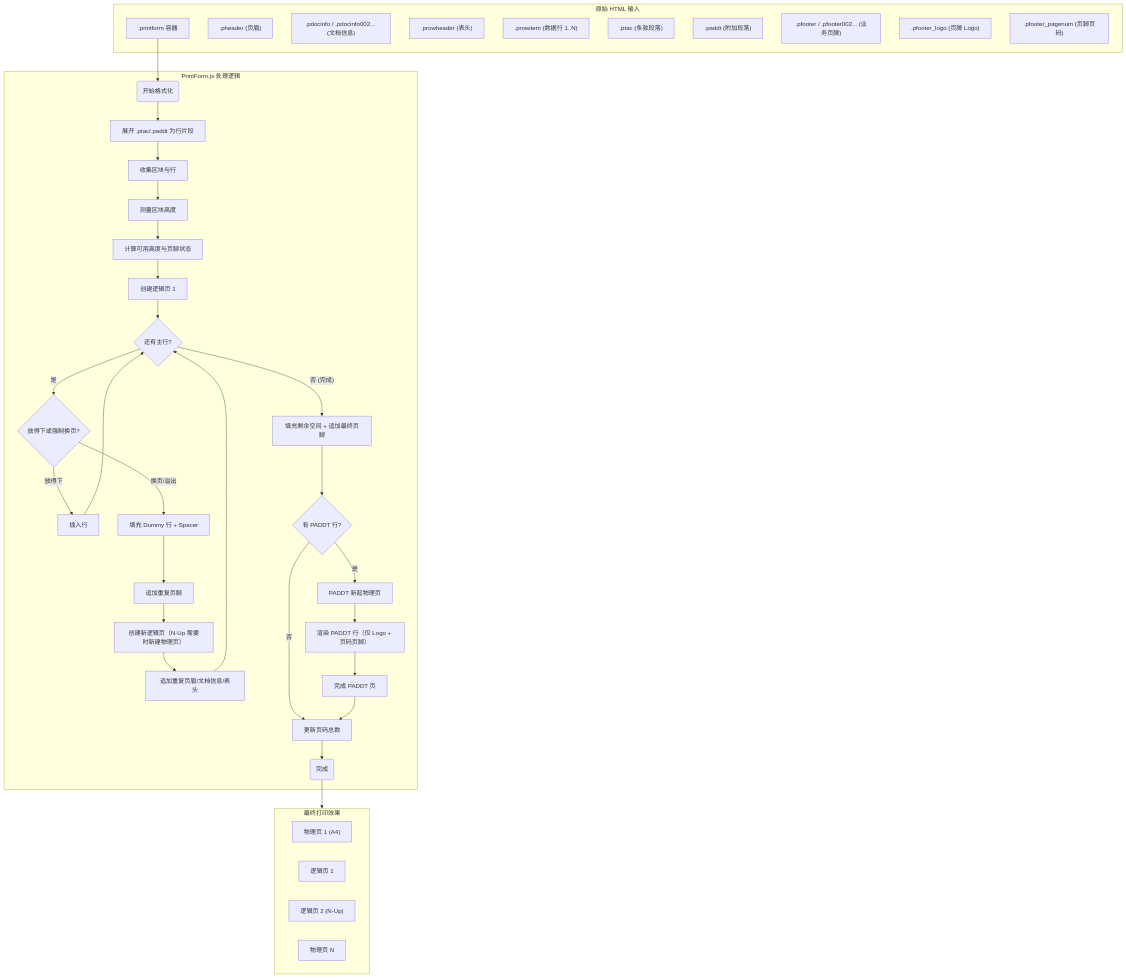
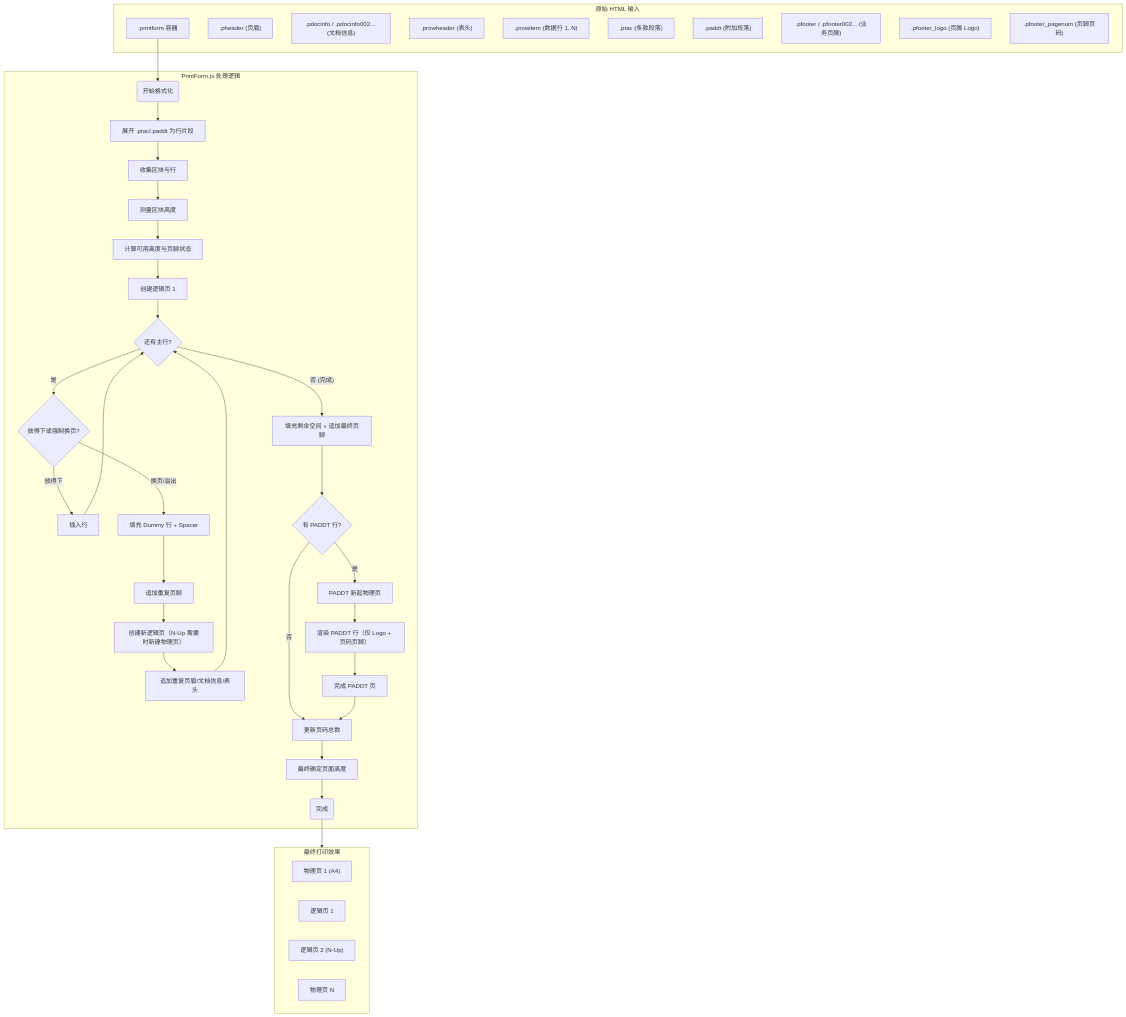
Before and after one commit to yapweijun1996/printform-js: the diagram in 0_development/printform-js/README.zh-CN.md, drawn with Mermaid. The commit also changed 26 other files, not shown here.

````diff
--- a/0_development/printform-js/README.zh-CN.md
+++ b/0_development/printform-js/README.zh-CN.md
@@ -13,53 +13,54 @@
 ```mermaid
 flowchart TD
     subgraph Raw_Input [原始 HTML 输入]
         RawContainer[".printform 容器"]
         Header[".pheader (页眉)"]
         DocInfo[".pdocinfo / .pdocinfo002... (文档信息)"]
         RowHeader[".prowheader (表头)"]
         RowItems[".prowitem (数据行 1..N)"]
         Ptac[".ptac (条款段落)"]
         Paddt[".paddt (附加段落)"]
         Footer[".pfooter / .pfooter002... (业务页脚)"]
         FooterLogo[".pfooter_logo (页脚 Logo)"]
         FooterPagenum[".pfooter_pagenum (页脚页码)"]
     end
 
     subgraph Processing [PrintForm.js 处理逻辑]
         Start(开始格式化) --> ExpandSeg[展开 .ptac/.paddt 为行片段]
         ExpandSeg --> Collect[收集区块与行]
         Collect --> Measure[测量区块高度]
         Measure --> ComputeLayout[计算可用高度与页脚状态]
         ComputeLayout --> InitPage[创建逻辑页 1]
         InitPage --> LoopRows{还有主行?}
 
         LoopRows -- 是 --> CheckSpace{放得下或强制换页?}
         CheckSpace -- 放得下 --> AppendRow[插入行]
         AppendRow --> LoopRows
 
         CheckSpace -- 换页/溢出 --> FillRemainder[填充 Dummy 行 + Spacer]
         FillRemainder --> AddRepeatFooter[追加重复页脚]
         AddRepeatFooter --> NewPage["创建新逻辑页（N-Up 需要时新建物理页）"]
         NewPage --> AddRepeatHeader[追加重复页眉/文档信息/表头]
         AddRepeatHeader --> LoopRows
 
         LoopRows -- "否 (完成)" --> FinalizeMain[填充剩余空间 + 追加最终页脚]
         FinalizeMain --> PaddtCheck{有 PADDT 行?}
         PaddtCheck -- 否 --> UpdatePageNum[更新页码总数]
         PaddtCheck -- 是 --> NewPhysical[PADDT 新起物理页]
         NewPhysical --> RenderPaddt["渲染 PADDT 行（仅 Logo + 页码页脚）"]
         RenderPaddt --> FinalizePaddt[完成 PADDT 页]
         FinalizePaddt --> UpdatePageNum
-        UpdatePageNum --> Finish(完成)
+        UpdatePageNum --> FinalizeHeight[最终确定页面高度]
+        FinalizeHeight --> Finish(完成)
     end
 
     subgraph Output_Result [最终打印效果]
         Physical1["物理页 1 (A4)"]
         Logical1["逻辑页 1"]
         Logical2["逻辑页 2 (N-Up)"]
         PhysicalN["物理页 N"]
     end
 
     RawContainer --> Start
     Finish --> Output_Result
 ```
````
